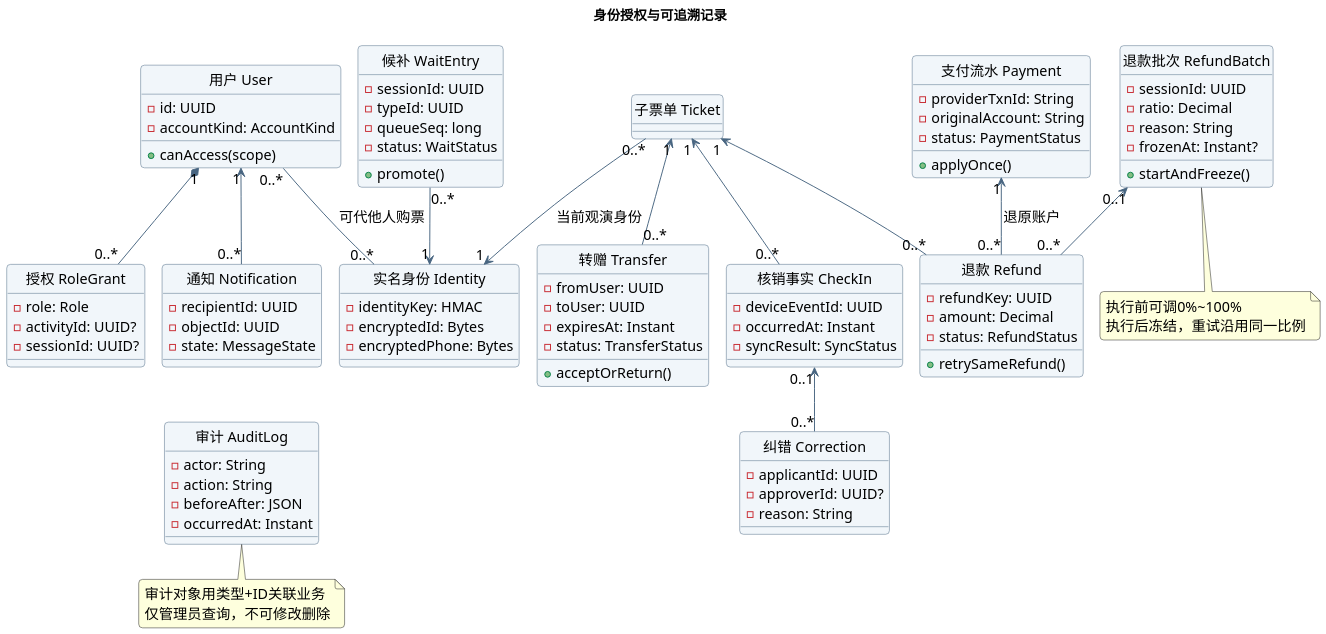
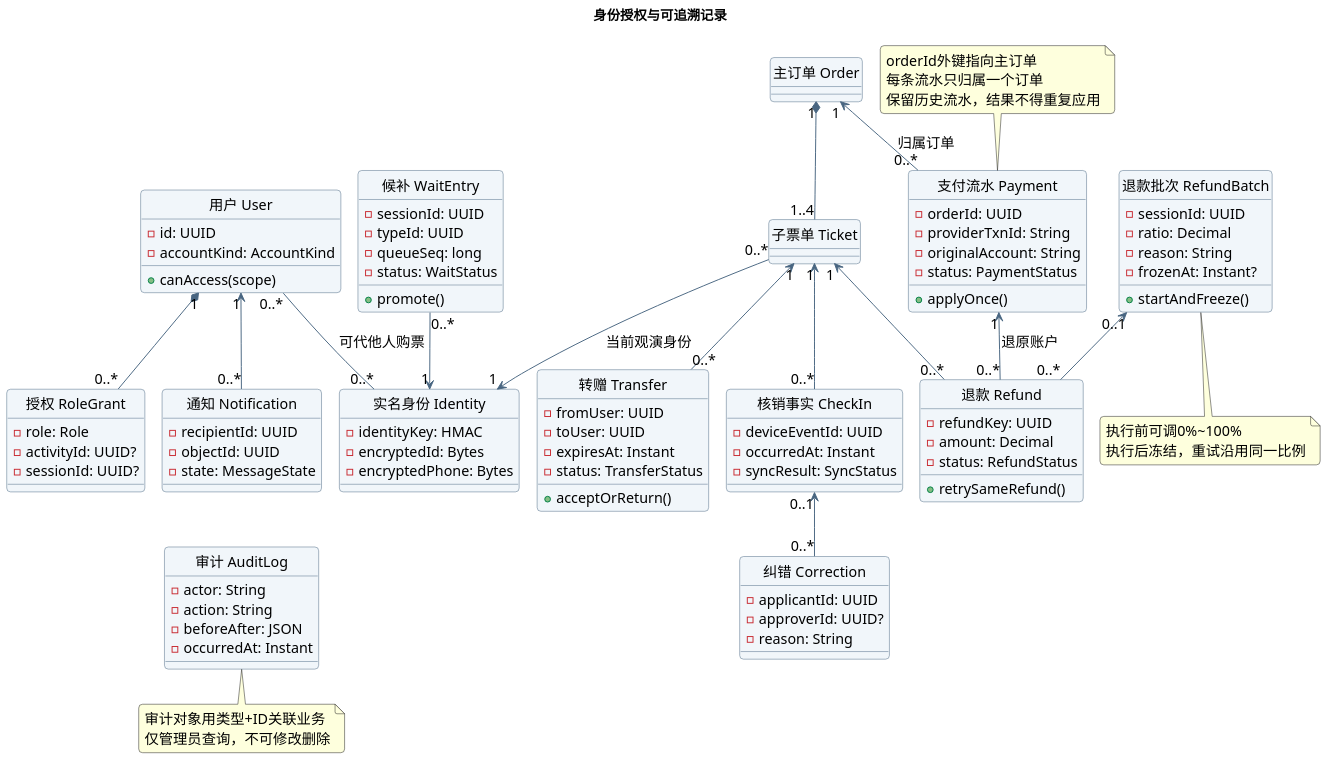
Before and after one commit to wly-nju/software_project: the diagram in lab2/UML/05_类图_身份与业务记录.puml, drawn with PlantUML. The commit also changed 11 other files, not shown here.

```diff
--- a/lab2/UML/05_类图_身份与业务记录.puml
+++ b/lab2/UML/05_类图_身份与业务记录.puml
@@ -1,110 +1,119 @@
 @startuml
 skinparam backgroundColor #FFFFFF
 skinparam defaultFontName Microsoft YaHei
 skinparam defaultFontSize 15
 skinparam shadowing false
 skinparam roundcorner 8
 skinparam ArrowColor #486581
 skinparam classBackgroundColor #F1F6FA
 skinparam classBorderColor #486581
 skinparam componentBackgroundColor #F1F6FA
 skinparam componentBorderColor #486581
 skinparam usecaseBackgroundColor #F1F6FA
 skinparam usecaseBorderColor #486581
 skinparam sequenceMessageAlign center
 skinparam maxMessageSize 260
 skinparam dpi 150
 title 身份授权与可追溯记录
 !pragma layout smetana
 hide circle
 class "用户 User" as U {
  - id: UUID
  - accountKind: AccountKind
  + canAccess(scope)
 }
 class "授权 RoleGrant" as G {
  - role: Role
  - activityId: UUID?
  - sessionId: UUID?
 }
 class "实名身份 Identity" as I {
  - identityKey: HMAC
  - encryptedId: Bytes
  - encryptedPhone: Bytes
 }
 class "候补 WaitEntry" as W {
  - sessionId: UUID
  - typeId: UUID
  - queueSeq: long
  - status: WaitStatus
  + promote()
 }
+class "主订单 Order" as O
 class "子票单 Ticket" as T
 class "支付流水 Payment" as P {
+ - orderId: UUID
  - providerTxnId: String
  - originalAccount: String
  - status: PaymentStatus
  + applyOnce()
 }
 class "退款批次 RefundBatch" as B {
  - sessionId: UUID
  - ratio: Decimal
  - reason: String
  - frozenAt: Instant?
  + startAndFreeze()
 }
 class "退款 Refund" as R {
  - refundKey: UUID
  - amount: Decimal
  - status: RefundStatus
  + retrySameRefund()
 }
 class "转赠 Transfer" as X {
  - fromUser: UUID
  - toUser: UUID
  - expiresAt: Instant
  - status: TransferStatus
  + acceptOrReturn()
 }
 class "核销事实 CheckIn" as C {
  - deviceEventId: UUID
  - occurredAt: Instant
  - syncResult: SyncStatus
 }
 class "纠错 Correction" as K {
  - applicantId: UUID
  - approverId: UUID?
  - reason: String
 }
 class "通知 Notification" as N {
  - recipientId: UUID
  - objectId: UUID
  - state: MessageState
 }
 class "审计 AuditLog" as A {
  - actor: String
  - action: String
  - beforeAfter: JSON
  - occurredAt: Instant
 }
 U "1" *-- "0..*" G
 U "0..*" -- "0..*" I : 可代他人购票
 W "0..*" --> "1" I
 T "0..*" --> "1" I : 当前观演身份
+O "1" *-- "1..4" T
+O "1" <-- "0..*" P : 归属订单
 P "1" <-- "0..*" R : 退原账户
 B "0..1" <-- "0..*" R
 T "1" <-- "0..*" R
 T "1" <-- "0..*" X
 T "1" <-- "0..*" C
 C "0..1" <-- "0..*" K
 U "1" <-- "0..*" N
 N -[hidden]down- A
+note top of P
+orderId外键指向主订单
+每条流水只归属一个订单
+保留历史流水，结果不得重复应用
+end note
 note bottom of A
 审计对象用类型+ID关联业务
 仅管理员查询，不可修改删除
 end note
 note bottom of B
 执行前可调0%~100%
 执行后冻结，重试沿用同一比例
 end note
 @enduml
```
